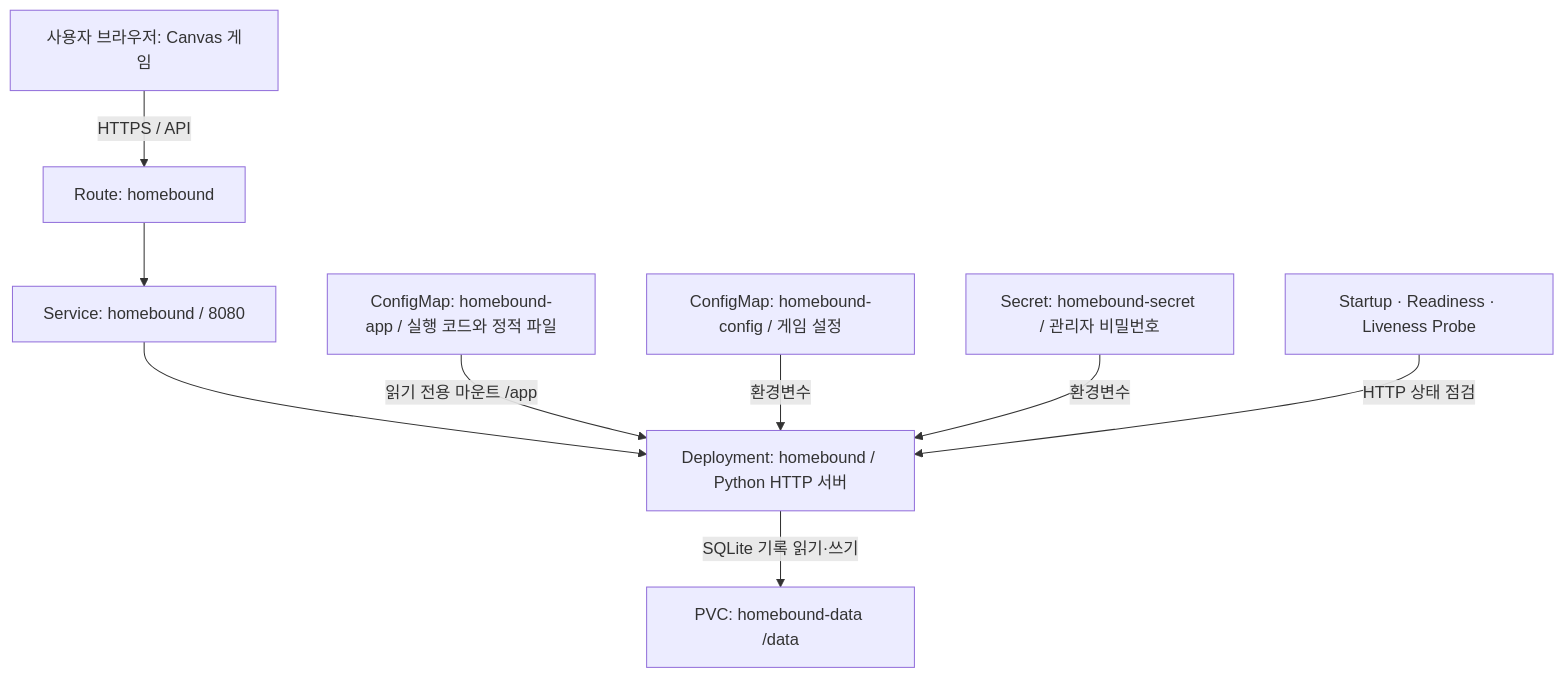
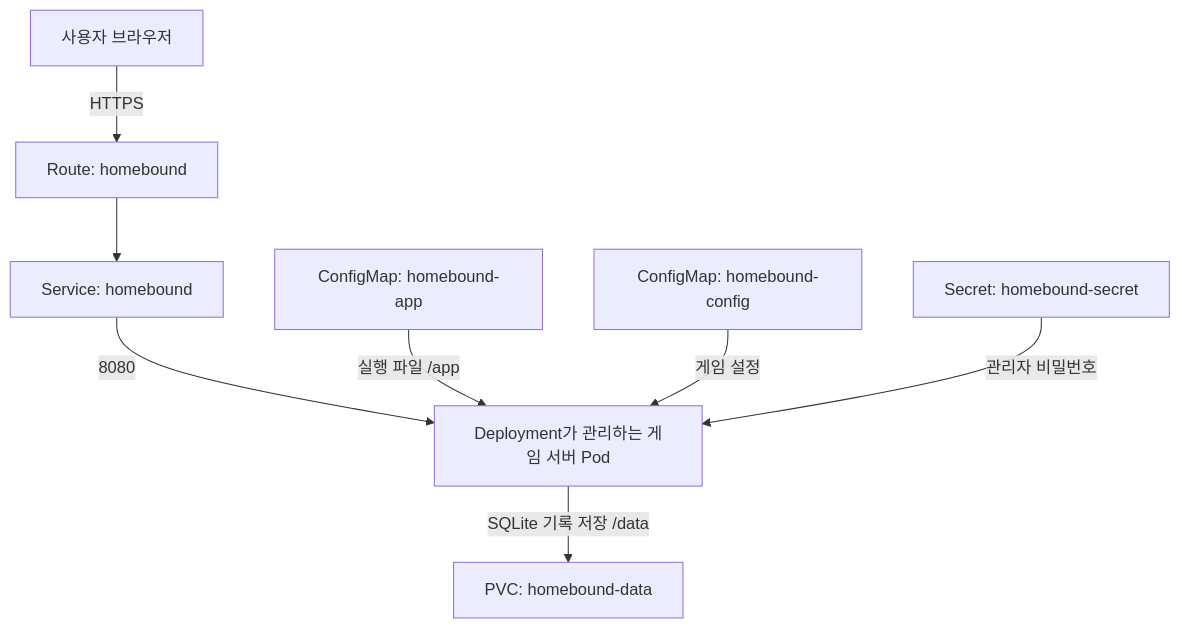
The diagram in students/202355513/README.md (junyi04/Homebound), drawn with Mermaid before and after one commit. The commit also changed other lines of this file and 4 other files, not shown here.

````diff
--- a/students/202355513/README.md
+++ b/students/202355513/README.md
@@ -39,11 +32,10 @@
 ```mermaid
 flowchart TD
-    User[사용자 브라우저: Canvas 게임] -->|HTTPS / API| Route[Route: homebound]
-    Route --> Service[Service: homebound / 8080]
-    Service --> Pod[Deployment: homebound / Python HTTP 서버]
-    App[ConfigMap: homebound-app / 실행 코드와 정적 파일] -->|읽기 전용 마운트 /app| Pod
-    Config[ConfigMap: homebound-config / 게임 설정] -->|환경변수| Pod
-    Secret[Secret: homebound-secret / 관리자 비밀번호] -->|환경변수| Pod
-    Pod -->|SQLite 기록 읽기·쓰기| PVC[PVC: homebound-data /data]
-    Probe[Startup · Readiness · Liveness Probe] -->|HTTP 상태 점검| Pod
+    User[사용자 브라우저] -->|HTTPS| Route[Route: homebound]
+    Route --> Service[Service: homebound]
+    Service -->|8080| Pod[Deployment가 관리하는 게임 서버 Pod]
+    Code[ConfigMap: homebound-app] -->|실행 파일 /app| Pod
+    Config[ConfigMap: homebound-config] -->|게임 설정| Pod
+    Secret[Secret: homebound-secret] -->|관리자 비밀번호| Pod
+    Pod -->|SQLite 기록 저장 /data| PVC[PVC: homebound-data]
 ```
````
